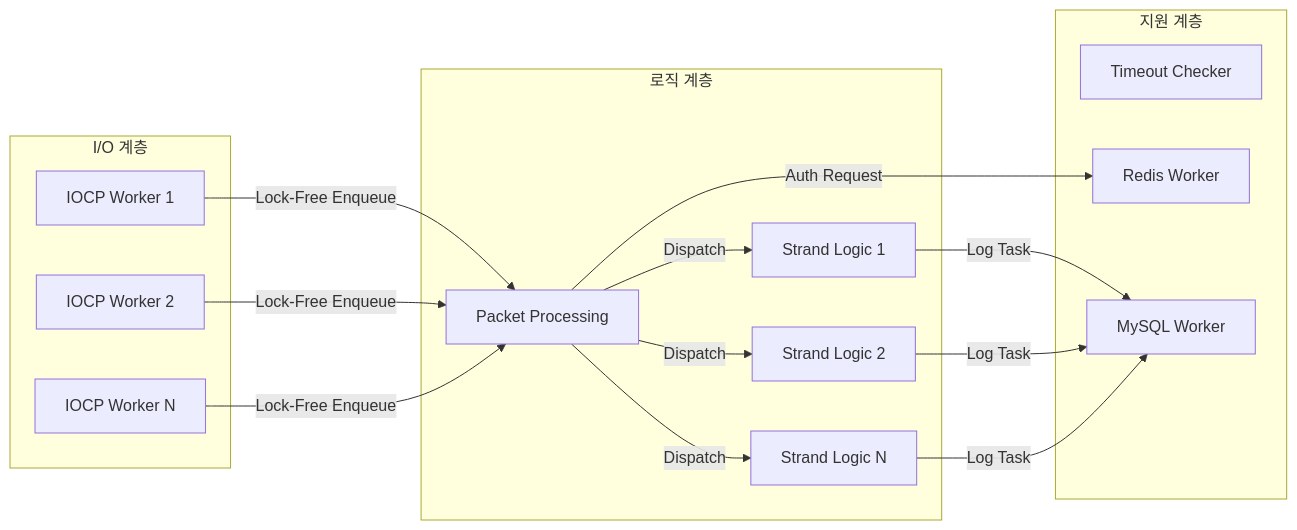
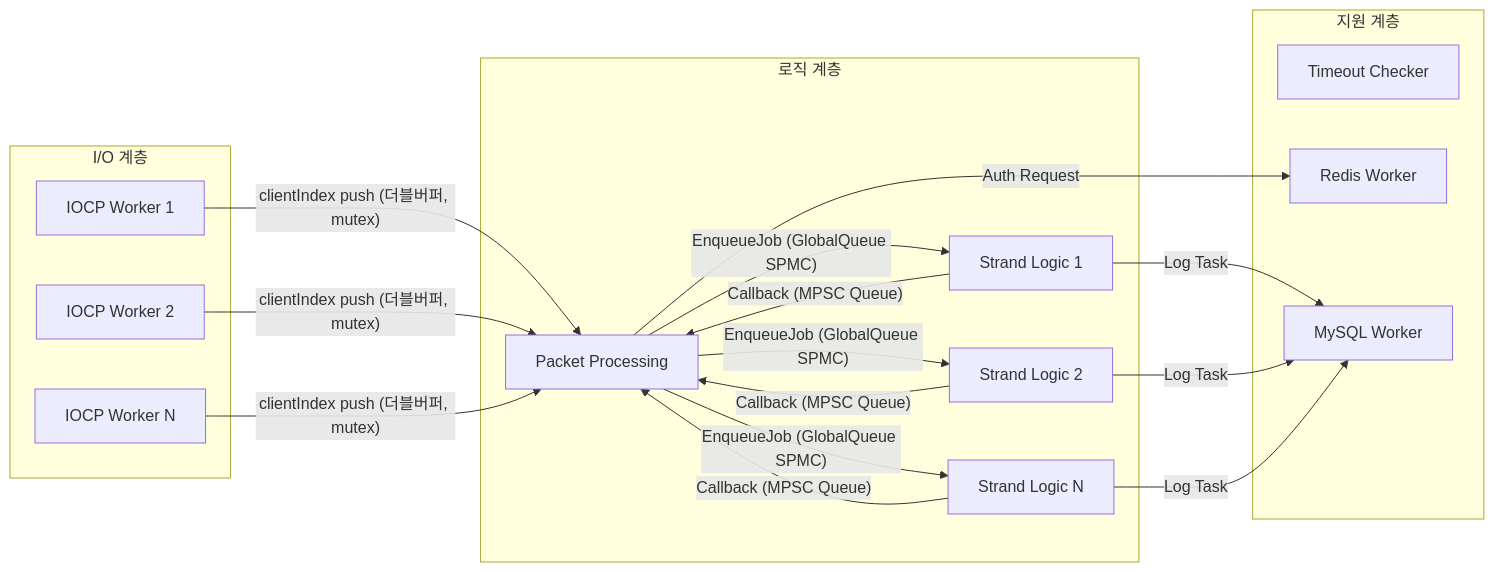
Before and after one commit to kanghyoungwoo/IOCP: the first of 3 diagrams in Docs/구현 상세.md, drawn with Mermaid. The commit also changed other lines of this file and 1 other file, not shown here.

````diff
--- a/Docs/구현 상세.md
+++ b/Docs/구현 상세.md
@@ -13,26 +13,27 @@
 ```mermaid
 graph LR
     subgraph IO["I/O 계층"]
         W1[IOCP Worker 1]
         W2[IOCP Worker 2]
         WN[IOCP Worker N]
     end
 
     subgraph Logic["로직 계층"]
         PP[Packet Processing]
         L1[Strand Logic 1]
         L2[Strand Logic 2]
         LN[Strand Logic N]
     end
 
     subgraph Support["지원 계층"]
         TC[Timeout Checker]
         RD[Redis Worker]
         MY[MySQL Worker]
     end
 
-    W1 & W2 & WN -->|Lock-Free Enqueue| PP
-    PP -->|Dispatch| L1 & L2 & LN
+    W1 & W2 & WN -->|"clientIndex push (더블버퍼, mutex)"| PP
+    PP -->|"EnqueueJob (GlobalQueue SPMC)"| L1 & L2 & LN
     PP -->|Auth Request| RD
+    L1 & L2 & LN -->|"Callback (MPSC Queue)"| PP
     L1 & L2 & LN -->|Log Task| MY
 ```
````
